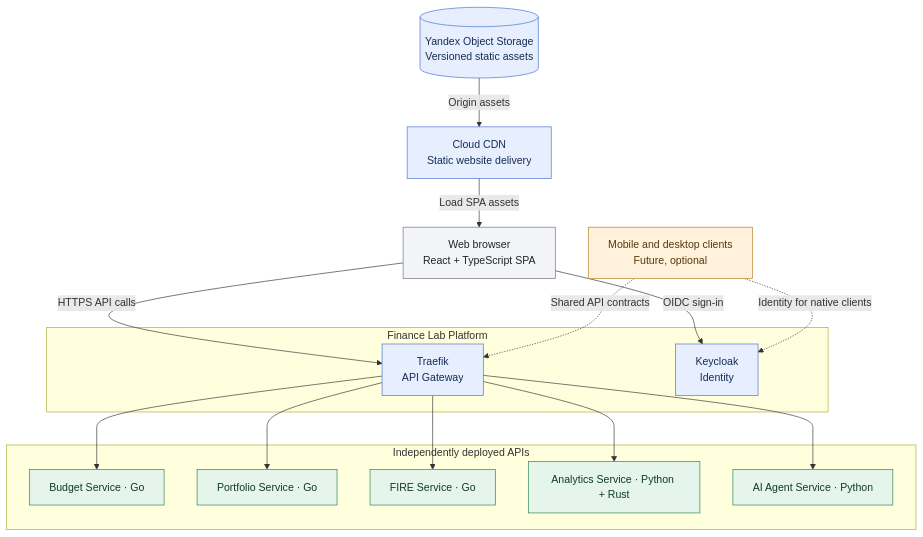
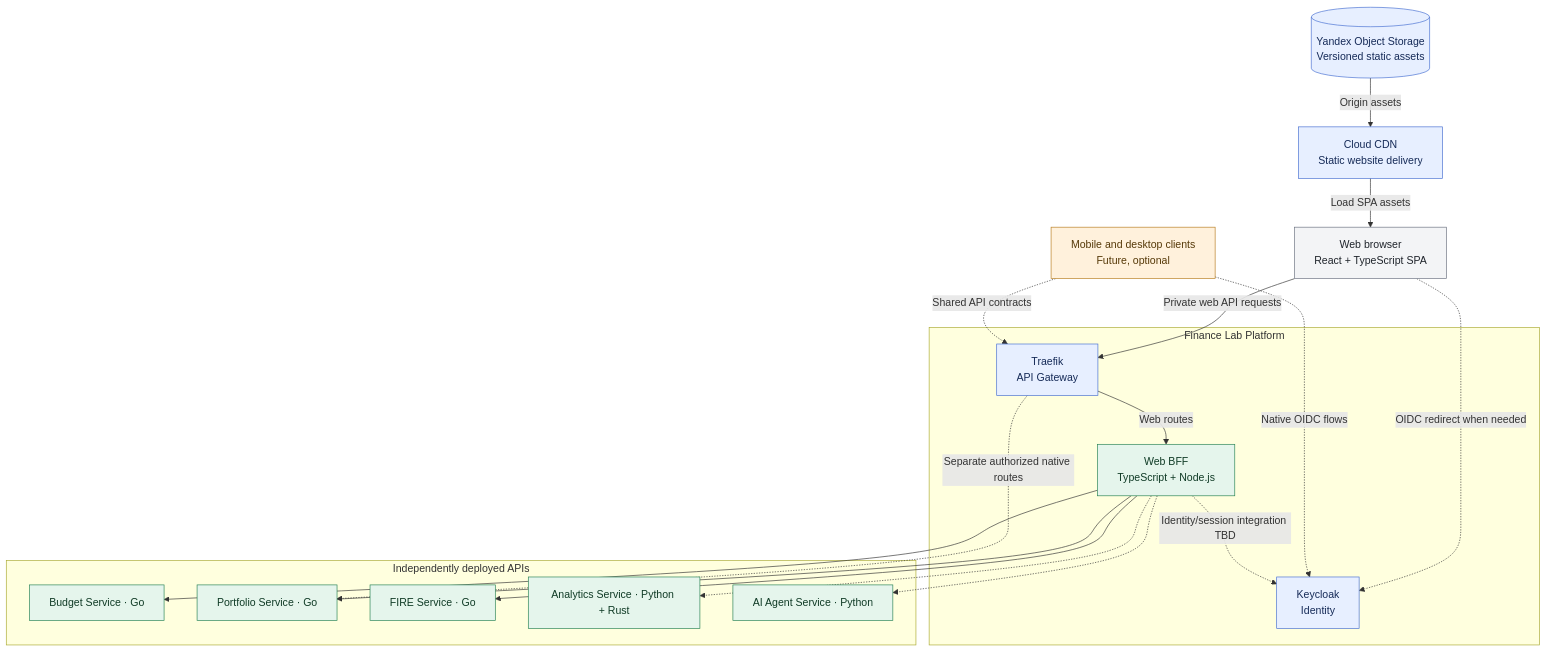
The diagram in docs/architecture/decisions/0010-independent-spa-and-api-first-clients.md (anton415/finance-lab), drawn with Mermaid before and after one commit. The commit also changed other lines of this file and 4 other files, not shown here.

First line of the commit message:
docs(architecture): accept ADR-012 TypeScript Web BFF

````diff
--- a/docs/architecture/decisions/0010-independent-spa-and-api-first-clients.md
+++ b/docs/architecture/decisions/0010-independent-spa-and-api-first-clients.md
@@ -28,44 +28,48 @@
 ```mermaid
 flowchart TD
     ORIGIN[("Yandex Object Storage<br/>Versioned static assets")]
     CDN["Cloud CDN<br/>Static website delivery"]
     BROWSER["Web browser<br/>React + TypeScript SPA"]
 
     FUTURE["Mobile and desktop clients<br/>Future, optional"]
 
     subgraph PLATFORM["Finance Lab Platform"]
         GATEWAY["Traefik<br/>API Gateway"]
         IDP["Keycloak<br/>Identity"]
+        BFF["Web BFF<br/>TypeScript + Node.js"]
     end
 
     subgraph APIS["Independently deployed APIs"]
         BUDGET["Budget Service · Go"]
         PORTFOLIO["Portfolio Service · Go"]
         FIRE["FIRE Service · Go"]
         ANALYTICS["Analytics Service · Python + Rust"]
         AGENT["AI Agent Service · Python"]
     end
 
     ORIGIN -->|"Origin assets"| CDN
     CDN -->|"Load SPA assets"| BROWSER
 
-    BROWSER -->|"HTTPS API calls"| GATEWAY
-    BROWSER -->|"OIDC sign-in"| IDP
+    BROWSER -->|"Private web API requests"| GATEWAY
+    BROWSER -.->|"OIDC redirect when needed"| IDP
     FUTURE -.->|"Shared API contracts"| GATEWAY
-    FUTURE -.->|"Identity for native clients"| IDP
+    FUTURE -.->|"Native OIDC flows"| IDP
 
-    GATEWAY --> BUDGET
-    GATEWAY --> PORTFOLIO
-    GATEWAY --> FIRE
-    GATEWAY --> ANALYTICS
-    GATEWAY --> AGENT
+    GATEWAY -->|"Web routes"| BFF
+    BFF -.->|"Identity/session integration TBD"| IDP
+    BFF --> BUDGET
+    BFF --> PORTFOLIO
+    BFF --> FIRE
+    BFF -.-> ANALYTICS
+    BFF -.-> AGENT
+    GATEWAY -.->|"Separate authorized native routes"| PORTFOLIO
 
     classDef client fill:#F3F4F6,stroke:#6B7280,color:#20252C;
     classDef edge fill:#E7EFFF,stroke:#466FD1,color:#162B58;
     classDef service fill:#E5F5EC,stroke:#278254,color:#103B26;
     classDef future fill:#FFF1DC,stroke:#B77D20,color:#563908;
     class ORIGIN,CDN,GATEWAY,IDP edge;
     class BROWSER client;
     class FUTURE future;
-    class BUDGET,PORTFOLIO,FIRE,ANALYTICS,AGENT service;
+    class BFF,BUDGET,PORTFOLIO,FIRE,ANALYTICS,AGENT service;
 ```
````
